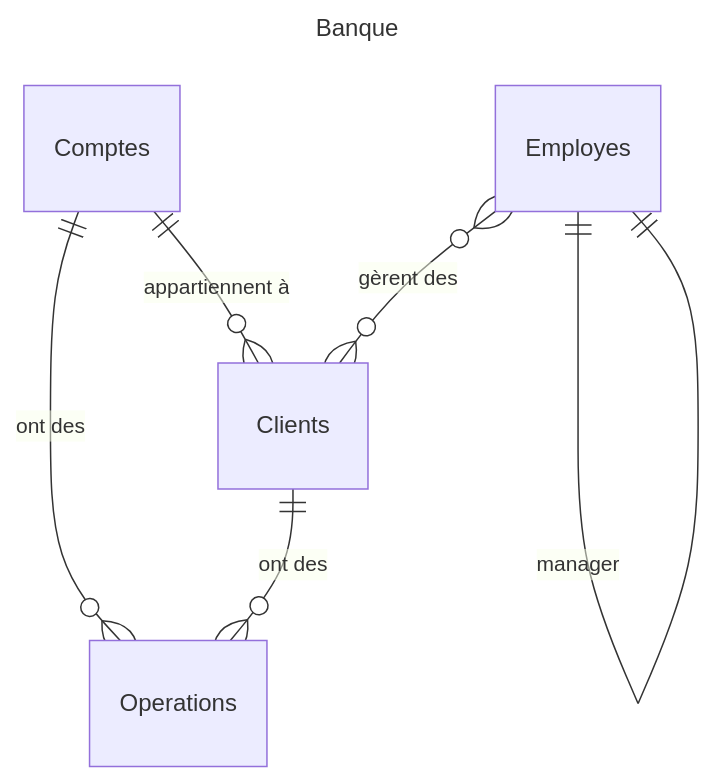
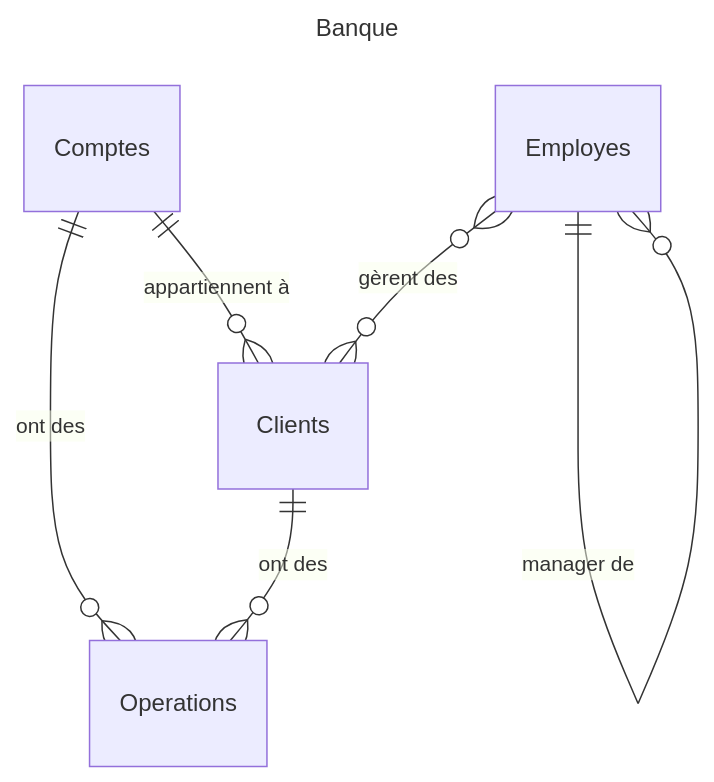
One commit to erralb/bdd changed the diagram in src/content/docs/10-resume/07-info-examen.mdx. Above: the diagram before and after it, drawn with Mermaid. The commit also changed other lines of this file, not shown here.

````diff
--- a/src/content/docs/10-resume/07-info-examen.mdx
+++ b/src/content/docs/10-resume/07-info-examen.mdx
@@ -154,12 +154,12 @@
 ```mermaid
 ---
 title: Banque
 ---
 erDiagram
 
 Comptes ||--o{ Clients : "appartiennent à"
 Comptes ||--o{ Operations : "ont des"
 Clients ||--o{ Operations : "ont des"
 Employes }o--o{ Clients : "gèrent des"
-Employes ||--|| Employes : "manager"
+Employes ||--o{ Employes : "manager de"
 ```
````
